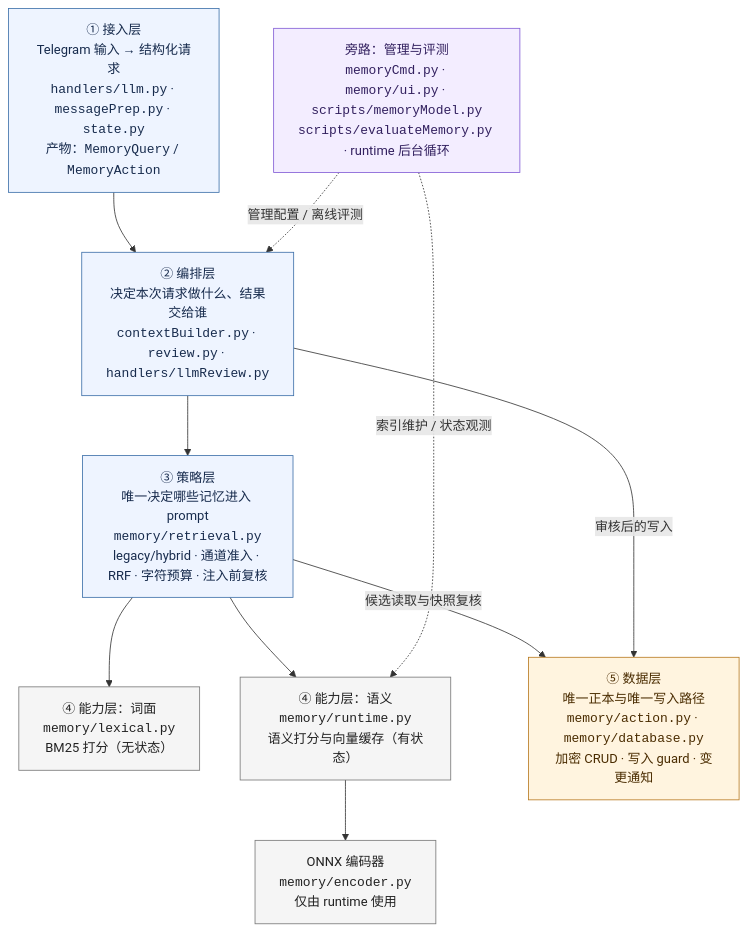
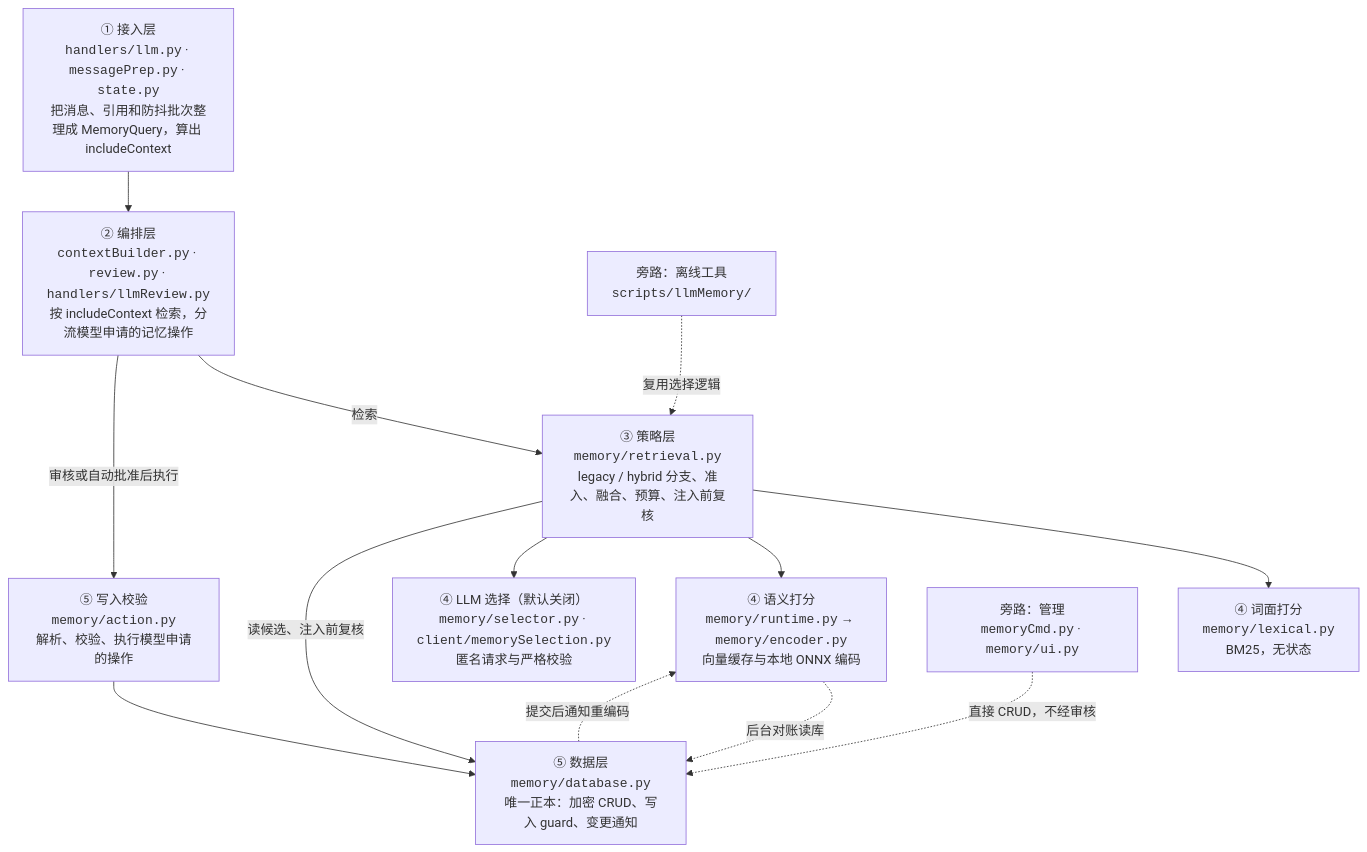
The diagram in docs/llm-memory.md (ZnLuAr/ZincNya_bot), drawn with Mermaid before and after one commit. The commit also changed other lines of this file and 26 other files, not shown here.

First line of the commit message:
docs(llm): 重构 Memory 文档并迁移研究脚本到 llmMemory 子目录

````diff
--- a/docs/llm-memory.md
+++ b/docs/llm-memory.md
@@ -191,29 +74,26 @@
 ```mermaid
 flowchart TB
-    input["① 接入层<br/>Telegram 输入 → 结构化请求<br/><code>handlers/llm.py</code> · <code>messagePrep.py</code> · <code>state.py</code><br/>产物：<code>MemoryQuery</code> / <code>MemoryAction</code>"]
-    orchestration["② 编排层<br/>决定本次请求做什么、结果交给谁<br/><code>contextBuilder.py</code> · <code>review.py</code> · <code>handlers/llmReview.py</code>"]
-    strategy["③ 策略层<br/>唯一决定哪些记忆进入 prompt<br/><code>memory/retrieval.py</code><br/>legacy/hybrid · 通道准入 · RRF · 字符预算 · 注入前复核"]
-    lexical["④ 能力层：词面<br/><code>memory/lexical.py</code><br/>BM25 打分（无状态）"]
-    semantic["④ 能力层：语义<br/><code>memory/runtime.py</code><br/>语义打分与向量缓存（有状态）"]
-    encoder["ONNX 编码器<br/><code>memory/encoder.py</code><br/>仅由 runtime 使用"]
-    data["⑤ 数据层<br/>唯一正本与唯一写入路径<br/><code>memory/action.py</code> · <code>memory/database.py</code><br/>加密 CRUD · 写入 guard · 变更通知"]
-    side["旁路：管理与评测<br/><code>memoryCmd.py</code> · <code>memory/ui.py</code> · <code>scripts/memoryModel.py</code><br/><code>scripts/evaluateMemory.py</code> · runtime 后台循环"]
+    input["① 接入层<br/><code>handlers/llm.py</code> · <code>messagePrep.py</code> · <code>state.py</code><br/>把消息、引用和防抖批次整理成 MemoryQuery，算出 includeContext"]
+    orchestration["② 编排层<br/><code>contextBuilder.py</code> · <code>review.py</code> · <code>handlers/llmReview.py</code><br/>按 includeContext 检索，分流模型申请的记忆操作"]
+    strategy["③ 策略层<br/><code>memory/retrieval.py</code><br/>legacy / hybrid 分支、准入、融合、预算、注入前复核"]
+    lexical["④ 词面打分<br/><code>memory/lexical.py</code><br/>BM25，无状态"]
+    semantic["④ 语义打分<br/><code>memory/runtime.py</code> → <code>memory/encoder.py</code><br/>向量缓存与本地 ONNX 编码"]
+    selector["④ LLM 选择（默认关闭）<br/><code>memory/selector.py</code> · <code>client/memorySelection.py</code><br/>匿名请求与严格校验"]
+    action["⑤ 写入校验<br/><code>memory/action.py</code><br/>解析、校验、执行模型申请的操作"]
+    data["⑤ 数据层<br/><code>memory/database.py</code><br/>唯一正本：加密 CRUD、写入 guard、变更通知"]
+    admin["旁路：管理<br/><code>memoryCmd.py</code> · <code>memory/ui.py</code>"]
+    offline["旁路：离线工具<br/><code>scripts/llmMemory/</code>"]
 
-    input --> orchestration --> strategy
+    input --> orchestration
+    orchestration -->|检索| strategy
     strategy --> lexical
     strategy --> semantic
-    semantic --> encoder
-    strategy -->|候选读取与快照复核| data
-    orchestration -->|审核后的写入| data
-    side -. 管理配置 / 离线评测 .-> orchestration
-    side -. 索引维护 / 状态观测 .-> semantic
-
-    classDef layer fill:#eef4ff,stroke:#3b6ea8,stroke-width:1px,color:#172b4d
-    classDef capability fill:#f5f5f5,stroke:#777,stroke-width:1px,color:#222
-    classDef data fill:#fff4df,stroke:#b7791f,stroke-width:1px,color:#4a2c00
-    classDef side fill:#f3edff,stroke:#805ad5,stroke-width:1px,color:#32205f
-    class input,orchestration,strategy layer
-    class lexical,semantic,encoder capability
-    class data data
-    class side side
+    strategy --> selector
+    strategy -->|读候选、注入前复核| data
+    orchestration -->|审核或自动批准后执行| action
+    action --> data
+    data -.->|提交后通知重编码| semantic
+    semantic -.->|后台对账读库| data
+    admin -.->|直接 CRUD，不经审核| data
+    offline -.->|复用选择逻辑| strategy
 ```
````
